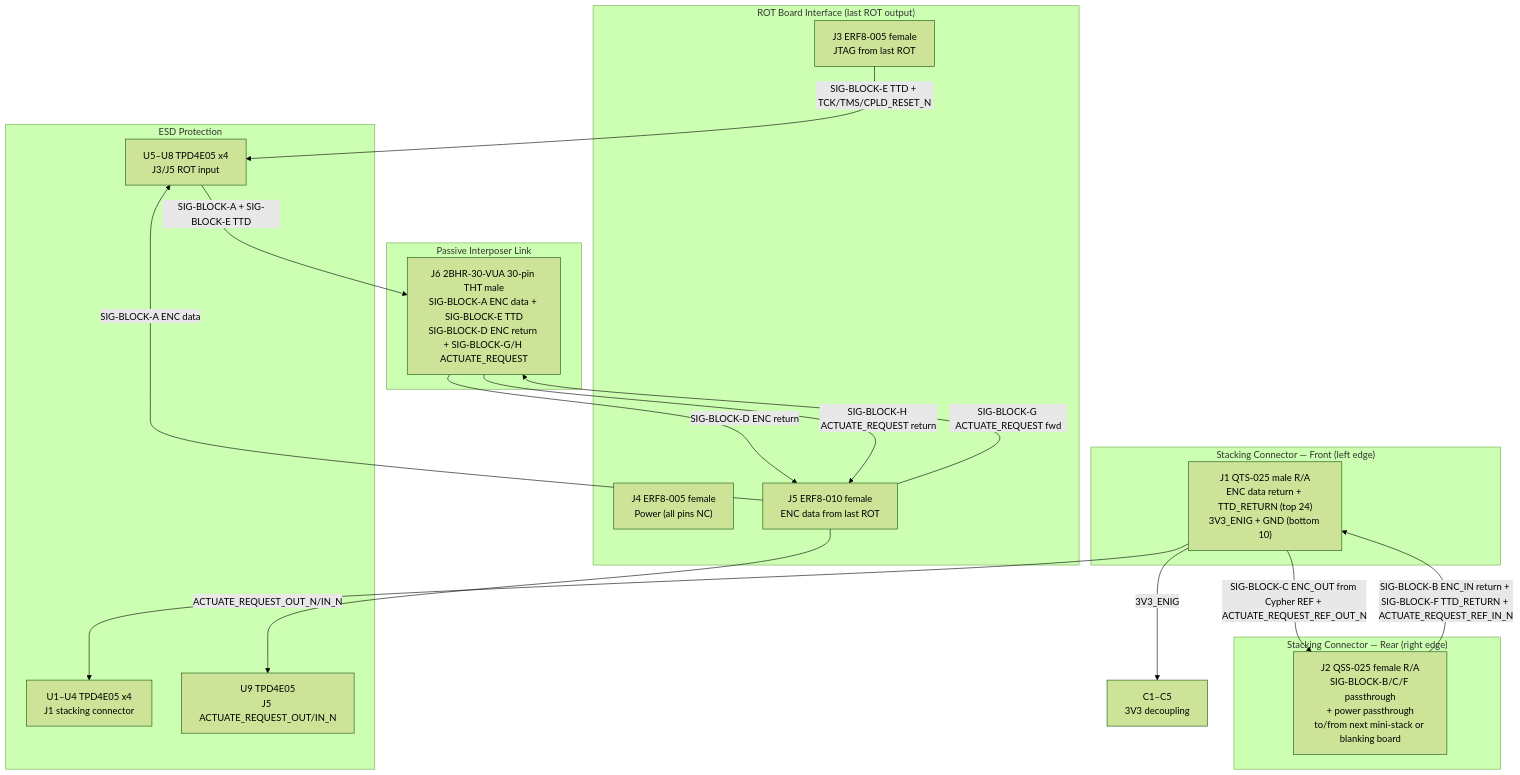
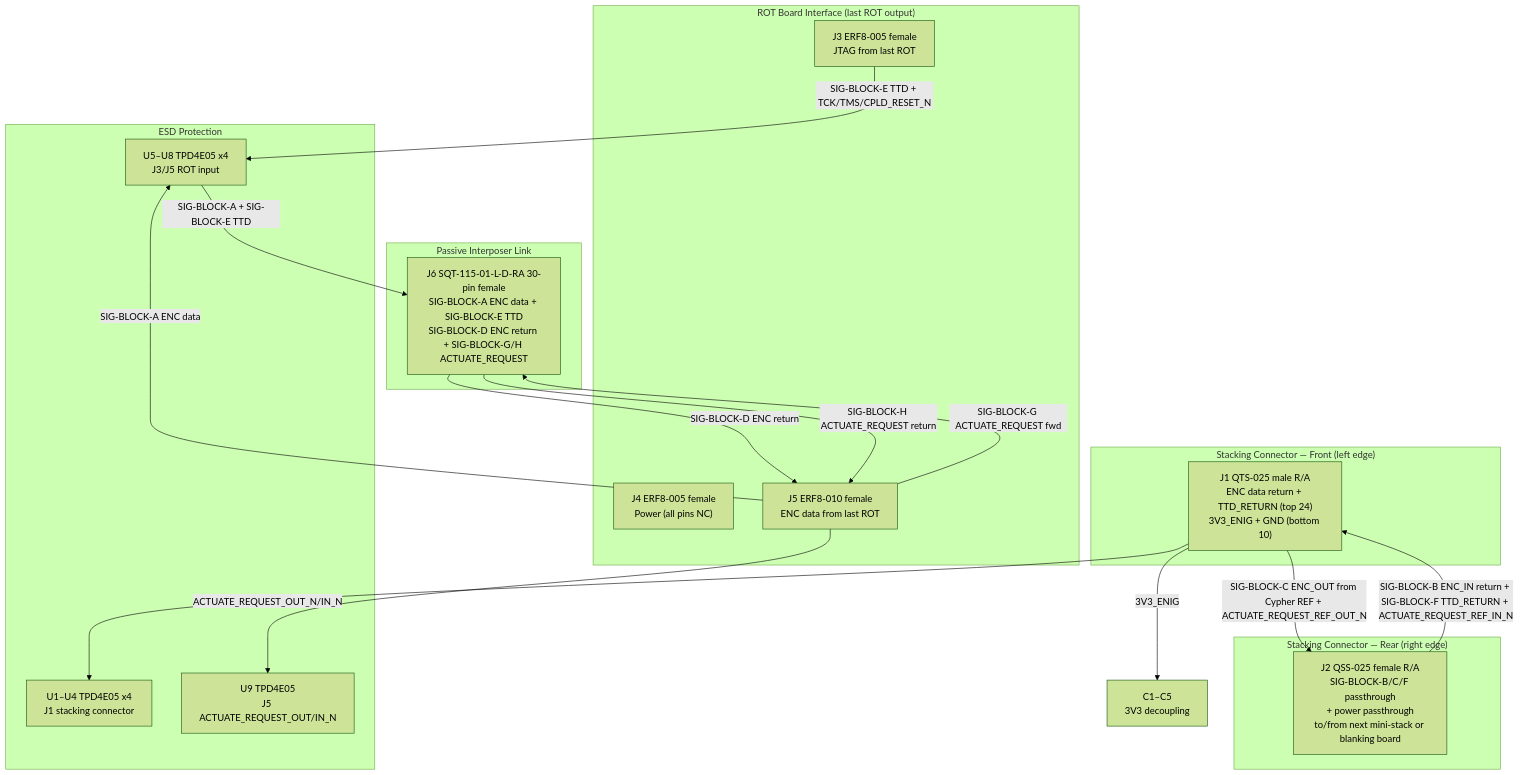
The diagram in design/Electronics/Stack-Output/Design_Spec.md (thepinkmile/Enigma-NG), drawn with Mermaid (forest theme) before and after one commit. The commit also changed other lines of this file and 7 other files, not shown here.

````diff
--- a/design/Electronics/Stack-Output/Design_Spec.md
+++ b/design/Electronics/Stack-Output/Design_Spec.md
@@ -66,38 +66,38 @@
 ```mermaid
 flowchart TD
   subgraph stackFront["Stacking Connector — Front (left edge)"]
     J1["J1 QTS-025 male R/A\nENC data return + TTD_RETURN (top 24)\n3V3_ENIG + GND (bottom 10)"]
   end
 
   subgraph stackRear["Stacking Connector — Rear (right edge)"]
     J2["J2 QSS-025 female R/A\nSIG-BLOCK-B/C/F passthrough\n+ power passthrough\nto/from next mini-stack or blanking board"]
   end
 
   subgraph rotIface["ROT Board Interface (last ROT output)"]
     J3["J3 ERF8-005 female\nJTAG from last ROT"]
     J4["J4 ERF8-005 female\nPower (all pins NC)"]
     J5["J5 ERF8-010 female\nENC data from last ROT"]
   end
 
   subgraph interposer["Passive Interposer Link"]
-    J6["J6 2BHR-30-VUA 30-pin THT male\nSIG-BLOCK-A ENC data + SIG-BLOCK-E TTD\nSIG-BLOCK-D ENC return + SIG-BLOCK-G/H ACTUATE_REQUEST"]
+    J6["J6 SQT-115-01-L-D-RA 30-pin female\nSIG-BLOCK-A ENC data + SIG-BLOCK-E TTD\nSIG-BLOCK-D ENC return + SIG-BLOCK-G/H ACTUATE_REQUEST"]
   end
 
   subgraph esd["ESD Protection"]
     U1U4["U1–U4 TPD4E05 x4\nJ1 stacking connector"]
     U5U8["U5–U8 TPD4E05 x4\nJ3/J5 ROT input"]
     U9["U9 TPD4E05\nJ5 ACTUATE_REQUEST_OUT/IN_N"]
   end
 
   J2 -- "SIG-BLOCK-B ENC_IN return + SIG-BLOCK-F TTD_RETURN + ACTUATE_REQUEST_REF_IN_N" --> J1
   J1 -- "SIG-BLOCK-C ENC_OUT from Cypher REF + ACTUATE_REQUEST_REF_OUT_N" --> J2
   J1 --> U1U4
   J3 -- "SIG-BLOCK-E TTD + TCK/TMS/CPLD_RESET_N" --> U5U8
   J5 -- "SIG-BLOCK-A ENC data" --> U5U8
   J5 -- "ACTUATE_REQUEST_OUT_N/IN_N" --> U9
   U5U8 -- "SIG-BLOCK-A + SIG-BLOCK-E TTD" --> J6
   J6 -- "SIG-BLOCK-D ENC return" --> J5
   J5 -- "SIG-BLOCK-G ACTUATE_REQUEST fwd" --> J6
   J6 -- "SIG-BLOCK-H ACTUATE_REQUEST return" --> J5
   J1 -- "3V3_ENIG" --> C1C5["C1–C5\n3V3 decoupling"]
 ```
````
